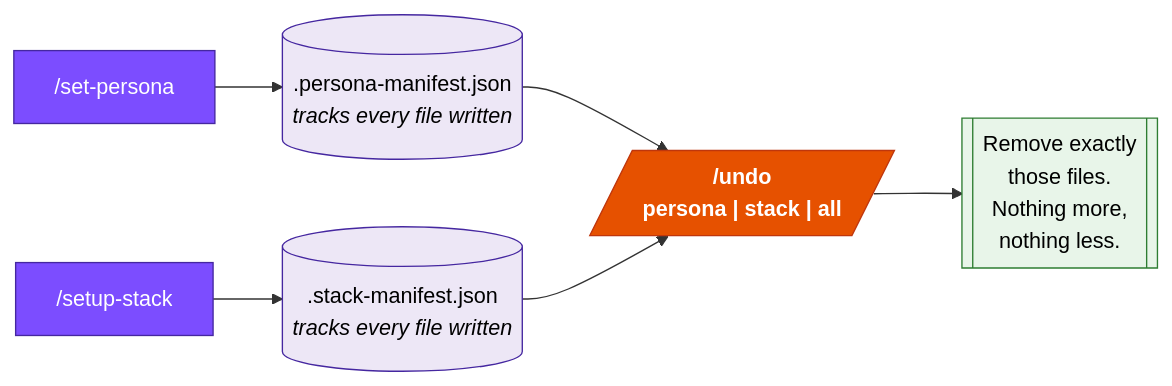
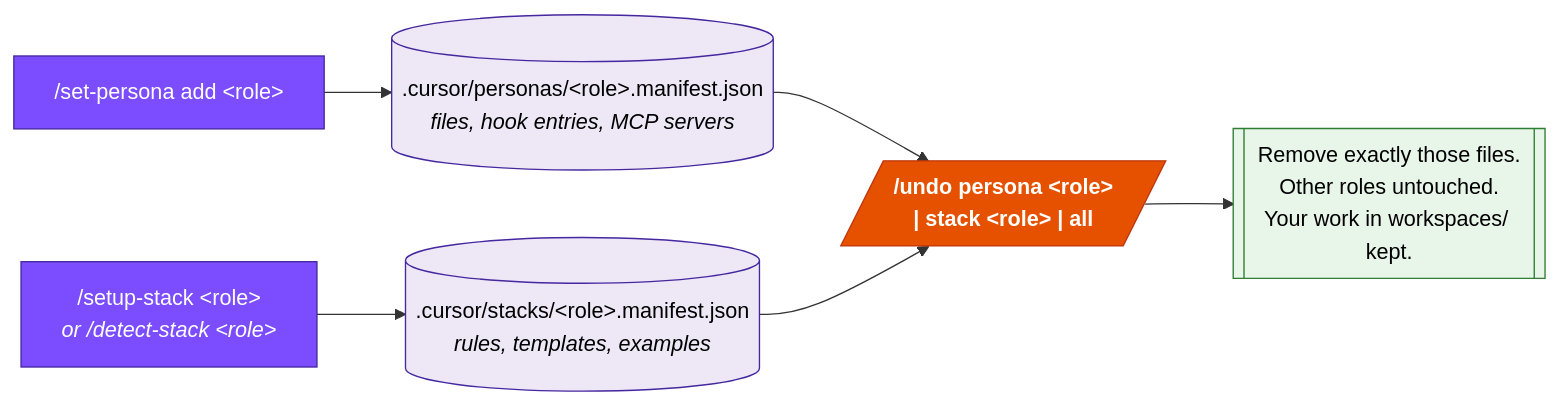
Before and after one commit to axel-sirota/cursor-course-templates: the diagram in materials/diagrams/d08-undo-manifest-flow.mmd, drawn with Mermaid. The commit also changed 58 other files, not shown here.

First line of the commit message:
feat(intuit): enforce persona flow gates, fix slide diagrams, add basic concepts section

```diff
--- a/materials/diagrams/d08-undo-manifest-flow.mmd
+++ b/materials/diagrams/d08-undo-manifest-flow.mmd
@@ -1,17 +1,17 @@
 flowchart LR
-  SP["/set-persona"] --> M1[(".persona-manifest.json<br/><i>tracks every file written</i>")]
-  SS["/setup-stack"] --> M2[(".stack-manifest.json<br/><i>tracks every file written</i>")]
+  SP["/set-persona add &lt;role&gt;"] --> M1[(".cursor/personas/&lt;role&gt;.manifest.json<br/><i>files, hook entries, MCP servers</i>")]
+  SS["/setup-stack &lt;role&gt;<br/><i>or /detect-stack &lt;role&gt;</i>"] --> M2[(".cursor/stacks/&lt;role&gt;.manifest.json<br/><i>rules, templates, examples</i>")]
 
-  M1 --> U[/"/undo<br/>persona | stack | all"/]
+  M1 --> U[/"/undo persona &lt;role&gt;<br/>| stack &lt;role&gt; | all"/]
   M2 --> U
 
-  U --> R[["Remove exactly<br/>those files.<br/>Nothing more,<br/>nothing less."]]
+  U --> R[["Remove exactly those files.<br/>Other roles untouched.<br/>Your work in workspaces/ kept."]]
 
   classDef install fill:#7c4dff,stroke:#4527a0,color:#fff;
   classDef manifest fill:#ede7f6,stroke:#4527a0,color:#000;
   classDef undo fill:#e65100,stroke:#bf360c,color:#fff,font-weight:bold;
   classDef result fill:#e8f5e9,stroke:#2e7d32,color:#000;
   class SP,SS install;
   class M1,M2 manifest;
   class U undo;
   class R result;
```
